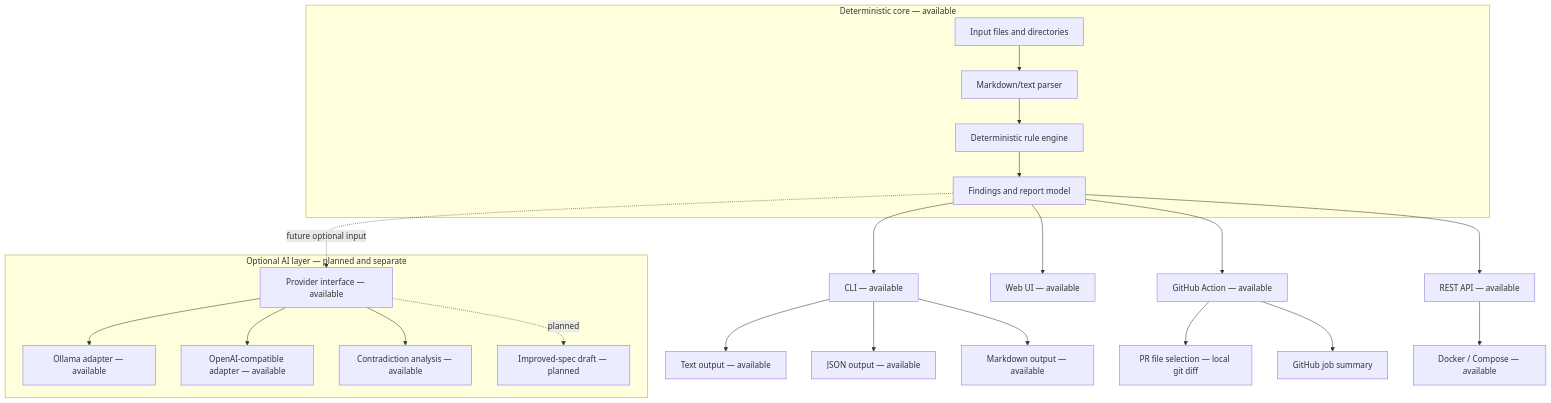
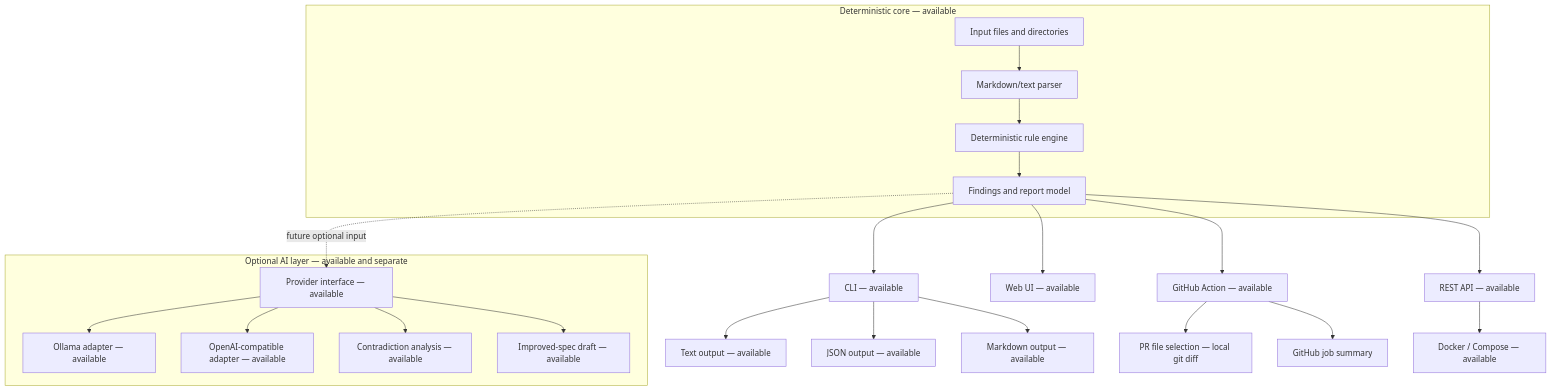
One commit to specforgeart/specforge-gate changed the diagram in docs/architecture.md. Above: the diagram before and after it, drawn with Mermaid. The commit also changed other lines of this file and 18 other files, not shown here.

Commit message:
feat: add advisory improved-spec draft (#38)

````diff
--- a/docs/architecture.md
+++ b/docs/architecture.md
@@ -5,34 +5,34 @@
 ```mermaid
 flowchart TD
     subgraph Core["Deterministic core — available"]
         A["Input files and directories"] --> B["Markdown/text parser"]
         B --> C["Deterministic rule engine"]
         C --> D["Findings and report model"]
     end
 
     D --> E["CLI — available"]
     E --> F["Text output — available"]
     E --> G["JSON output — available"]
     E --> H["Markdown output — available"]
 
     D --> I["GitHub Action — available"]
     I --> O["PR file selection — local git diff"]
     I --> P["GitHub job summary"]
     D --> J["REST API — available"]
     D --> K["Web UI — available"]
     J --> Q["Docker / Compose — available"]
 
-    subgraph AI["Optional AI layer — planned and separate"]
+    subgraph AI["Optional AI layer — available and separate"]
         L["Provider interface — available"]
         R["Ollama adapter — available"]
         S["OpenAI-compatible adapter — available"]
         M["Contradiction analysis — available"]
-        N["Improved-spec draft — planned"]
+        N["Improved-spec draft — available"]
     end
 
     D -. future optional input .-> L
     L --> R
     L --> S
     L --> M
-    L -. planned .-> N
+    L --> N
 ```
````
